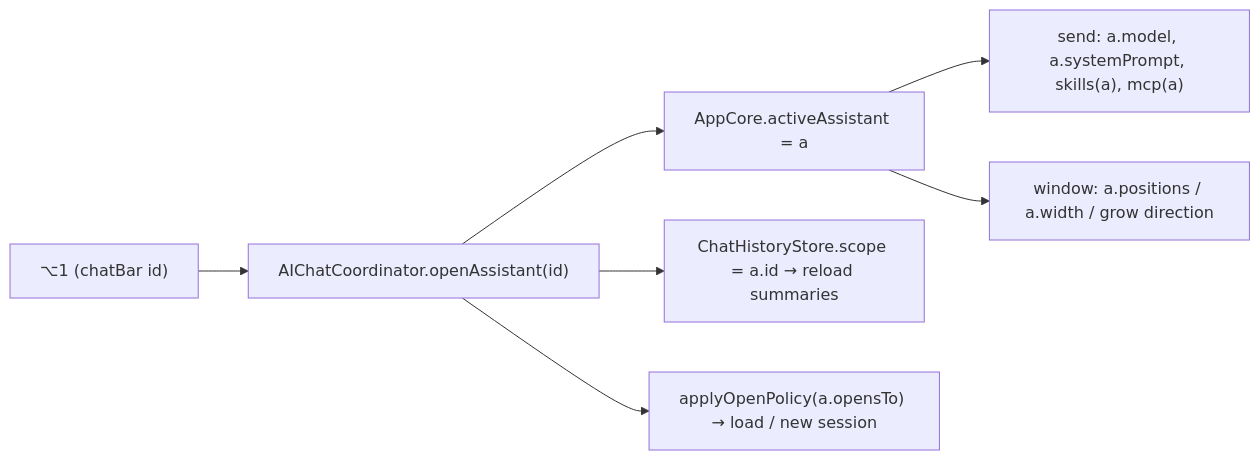
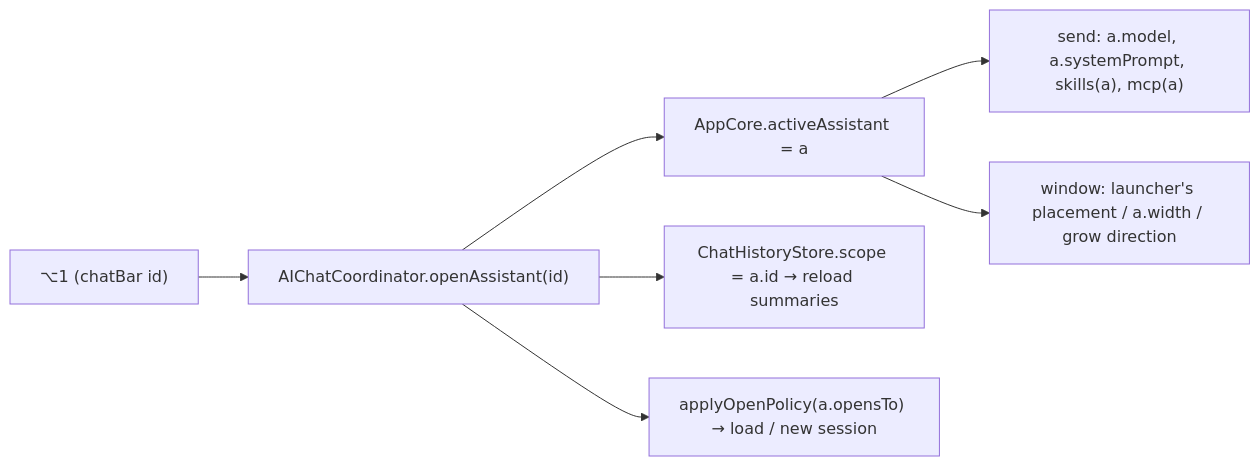
One commit to jhasubhash/onecast changed the diagram in custom_docs/Assistant_Architecture.md. Above: the diagram before and after it, drawn with Mermaid. The commit also changed other lines of this file and 4 other files, not shown here.

First line of the commit message:
Share the launcher's placement with Assistant bars

````diff
--- a/custom_docs/Assistant_Architecture.md
+++ b/custom_docs/Assistant_Architecture.md
@@ -166,9 +165,9 @@
 ```mermaid
 flowchart LR
   HK["⌥1 (chatBar id)"] --> OPEN["AIChatCoordinator.openAssistant(id)"]
   OPEN --> SET["AppCore.activeAssistant = a"]
   OPEN --> HIST["ChatHistoryStore.scope = a.id → reload summaries"]
   OPEN --> POL["applyOpenPolicy(a.opensTo) → load / new session"]
   SET --> SEND["send: a.model, a.systemPrompt, skills(a), mcp(a)"]
-  SET --> WIN["window: a.positions / a.width / grow direction"]
+  SET --> WIN["window: launcher's placement / a.width / grow direction"]
 ```
````
